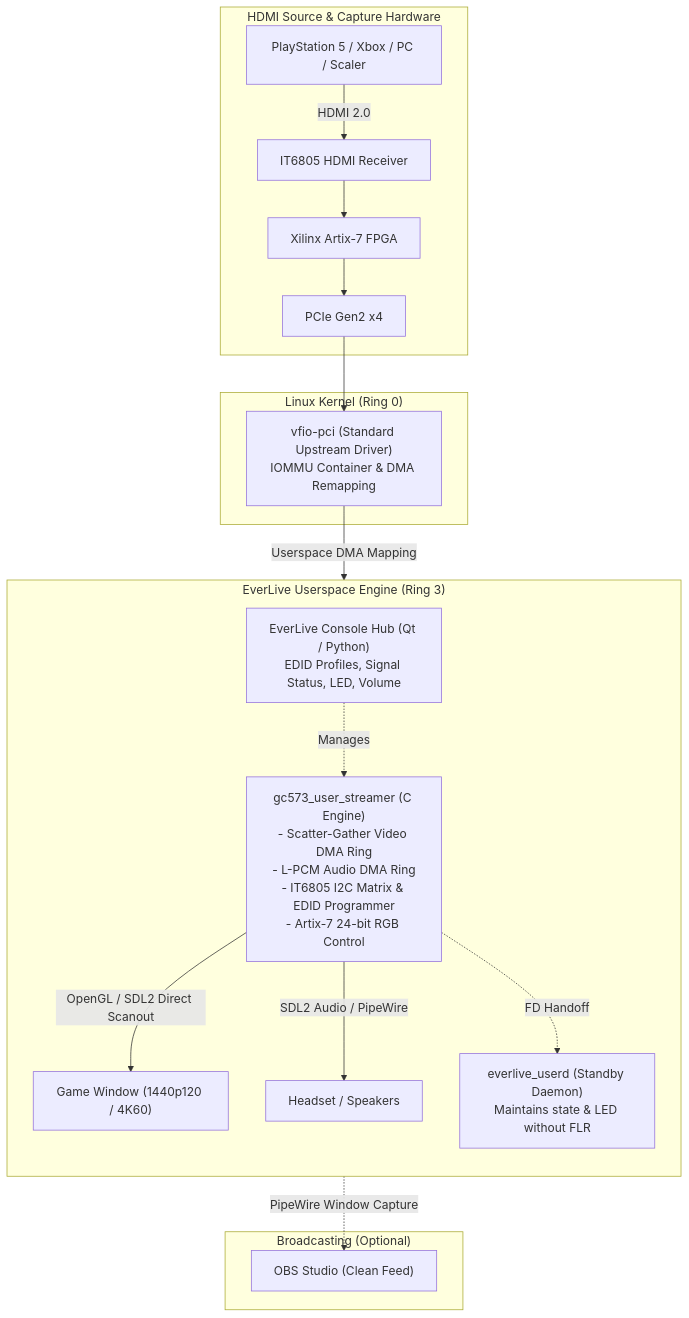
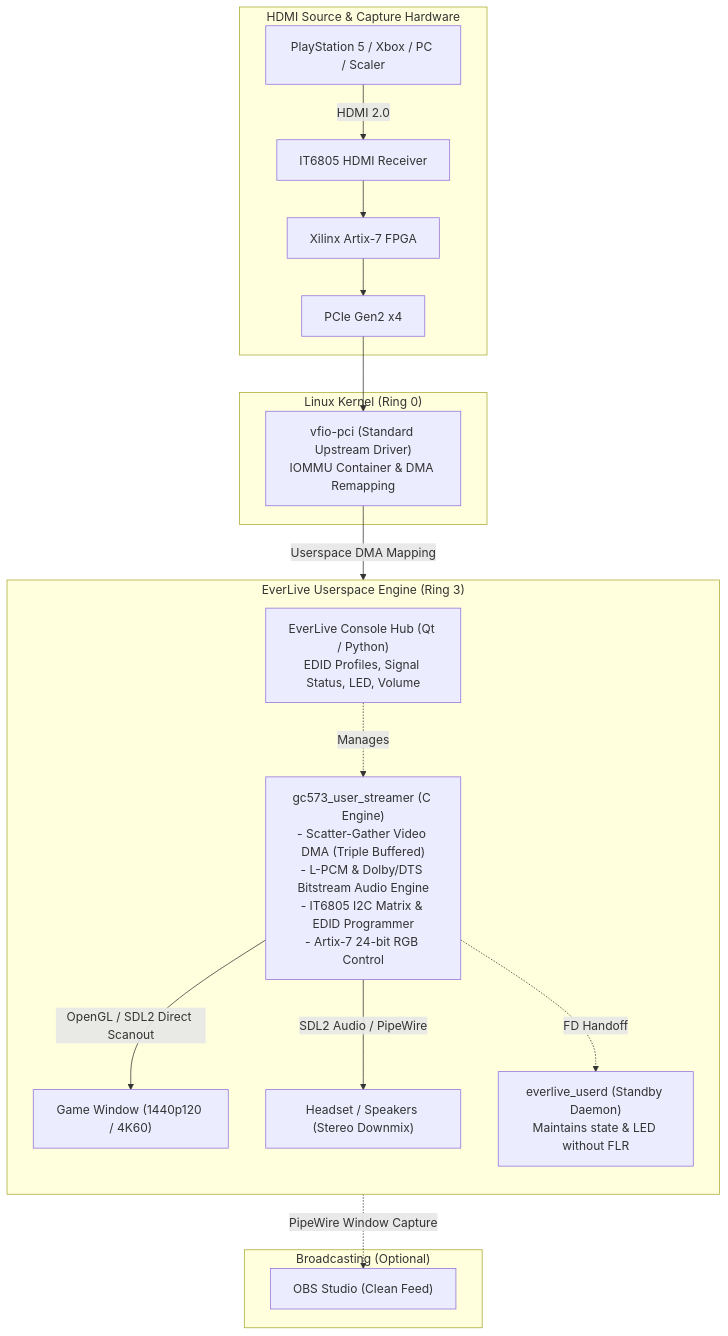
The diagram in README.md (Everlite/EverLive), drawn with Mermaid before and after one commit. The commit also changed other lines of this file, not shown here.

Commit message:
docs(readme): document real-time Dolby/DTS bitstream decoding, triple buffering, and v1.1.0 features

````diff
--- a/README.md
+++ b/README.md
@@ -178,28 +180,28 @@
 ```mermaid
 flowchart TD
   subgraph Hardware["HDMI Source & Capture Hardware"]
     source["PlayStation 5 / Xbox / PC / Scaler"] -->|HDMI 2.0| it6805["IT6805 HDMI Receiver"]
     it6805 --> fpga["Xilinx Artix-7 FPGA"]
     fpga --> pcie["PCIe Gen2 x4"]
   end
 
   subgraph Kernel["Linux Kernel (Ring 0)"]
     vfio["vfio-pci (Standard Upstream Driver)<br/>IOMMU Container & DMA Remapping"]
     pcie --> vfio
   end
 
   subgraph Userspace["EverLive Userspace Engine (Ring 3)"]
     direction TB
-    vfio -->|"Userspace DMA Mapping"| streamer["gc573_user_streamer (C Engine)<br/>- Scatter-Gather Video DMA Ring<br/>- L-PCM Audio DMA Ring<br/>- IT6805 I2C Matrix & EDID Programmer<br/>- Artix-7 24-bit RGB Control"]
+    vfio -->|"Userspace DMA Mapping"| streamer["gc573_user_streamer (C Engine)<br/>- Scatter-Gather Video DMA (Triple Buffered)<br/>- L-PCM & Dolby/DTS Bitstream Audio Engine<br/>- IT6805 I2C Matrix & EDID Programmer<br/>- Artix-7 24-bit RGB Control"]
     
     streamer -->|"OpenGL / SDL2 Direct Scanout"| window["Game Window (1440p120 / 4K60)"]
-    streamer -->|"SDL2 Audio / PipeWire"| audio["Headset / Speakers"]
+    streamer -->|"SDL2 Audio / PipeWire"| audio["Headset / Speakers (Stereo Downmix)"]
 
     gui["EverLive Console Hub (Qt / Python)<br/>EDID Profiles, Signal Status, LED, Volume"] -.->|Manages| streamer
     streamer -.->|"FD Handoff"| daemon["everlive_userd (Standby Daemon)<br/>Maintains state & LED without FLR"]
   end
 
   subgraph OBS["Broadcasting (Optional)"]
     window -.->|"PipeWire Window Capture"| obspw["OBS Studio (Clean Feed)"]
   end
 ```
````
